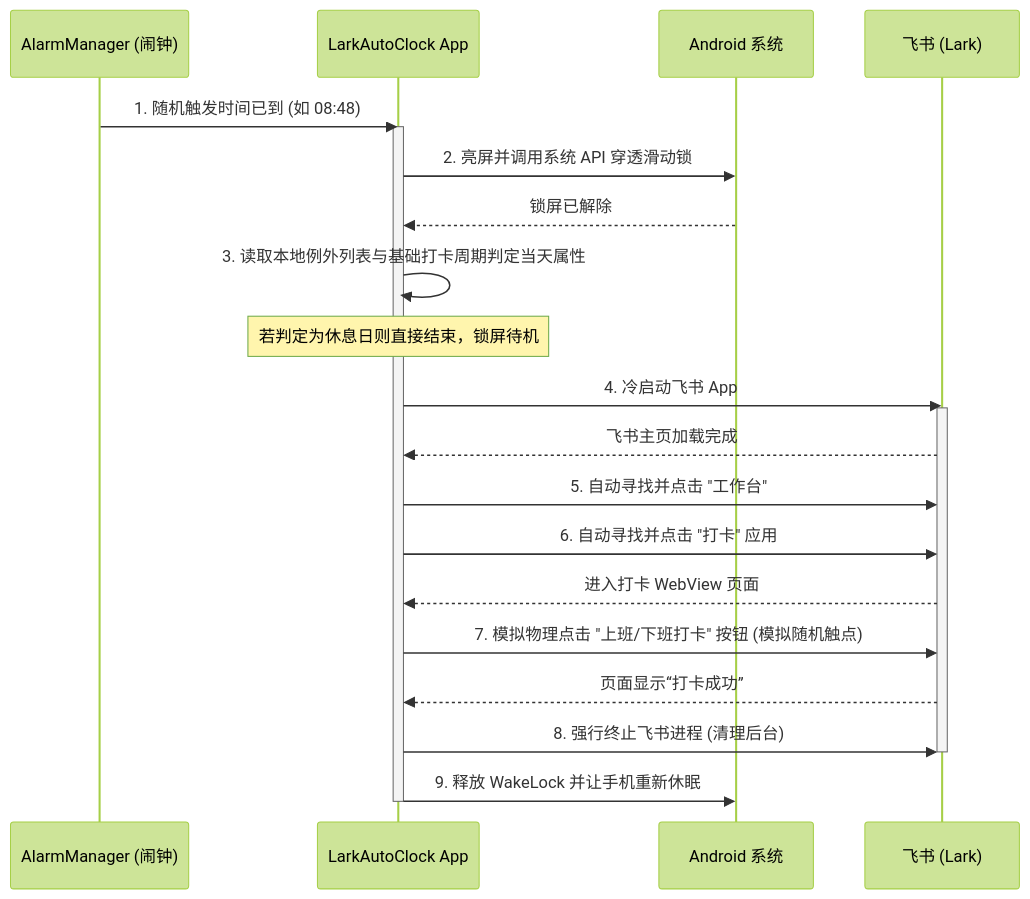
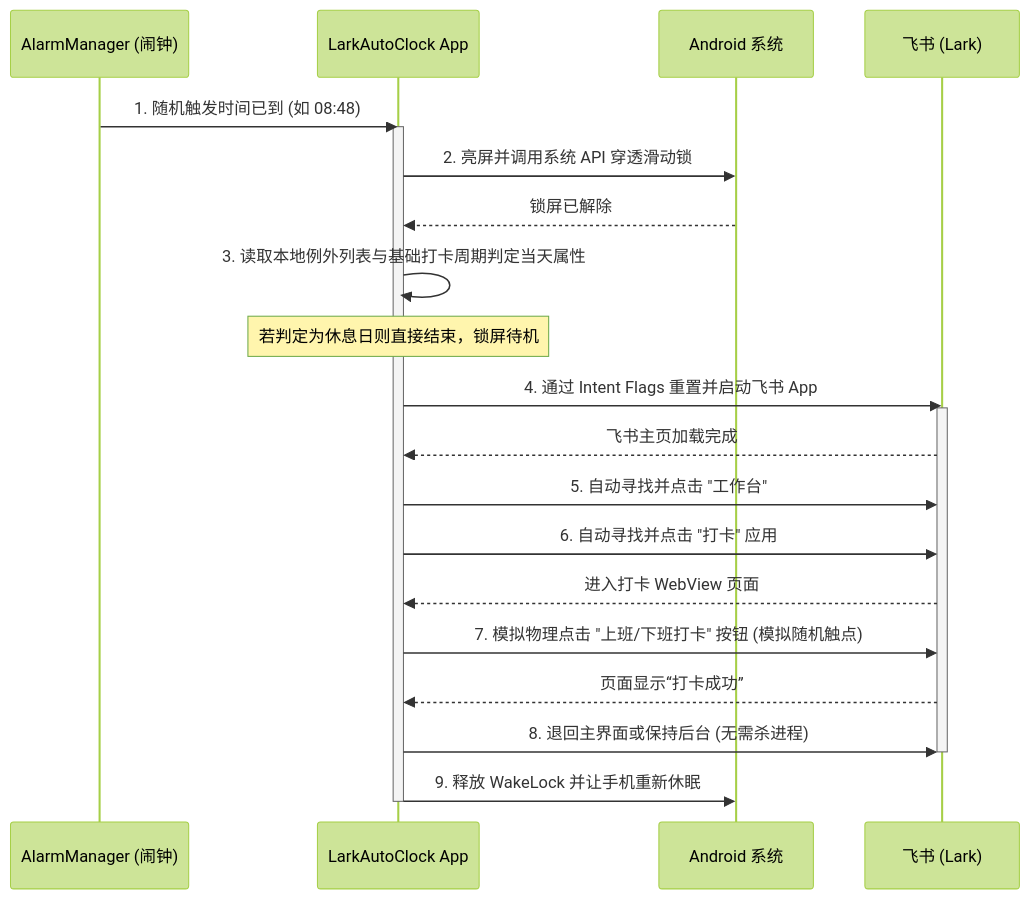
The diagram in docs/prd.md (wwwtwww/autoDO), drawn with Mermaid (forest theme) before and after one commit. The commit also changed other lines of this file, not shown here.

Commit message:
docs(prd): update app launch mechanism to reflect intent flag usage
- Removed requirement for cold starting by killing the process
- Replaced with Intent.FLAG_ACTIVITY_CLEAR_TASK to reset the UI stack to the home page

````diff
--- a/docs/prd.md
+++ b/docs/prd.md
@@ -80,26 +80,26 @@
 ```mermaid
 sequenceDiagram
     participant S as AlarmManager (闹钟)
     participant A as LarkAutoClock App
     participant OS as Android 系统
     participant F as 飞书 (Lark)
 
     S->>A: 1. 随机触发时间已到 (如 08:48)
     activate A
     A->>OS: 2. 亮屏并调用系统 API 穿透滑动锁
     OS-->>A: 锁屏已解除
     A->>A: 3. 读取本地例外列表与基础打卡周期判定当天属性
     Note over A: 若判定为休息日则直接结束，锁屏待机
-    A->>F: 4. 冷启动飞书 App
+    A->>F: 4. 通过 Intent Flags 重置并启动飞书 App
     activate F
     F-->>A: 飞书主页加载完成
     A->>F: 5. 自动寻找并点击 "工作台"
     A->>F: 6. 自动寻找并点击 "打卡" 应用
     F-->>A: 进入打卡 WebView 页面
     A->>F: 7. 模拟物理点击 "上班/下班打卡" 按钮 (模拟随机触点)
     F-->>A: 页面显示“打卡成功”
-    A->>F: 8. 强行终止飞书进程 (清理后台)
+    A->>F: 8. 退回主界面或保持后台 (无需杀进程)
     deactivate F
     A->>OS: 9. 释放 WakeLock 并让手机重新休眠
     deactivate A
 ```
````
